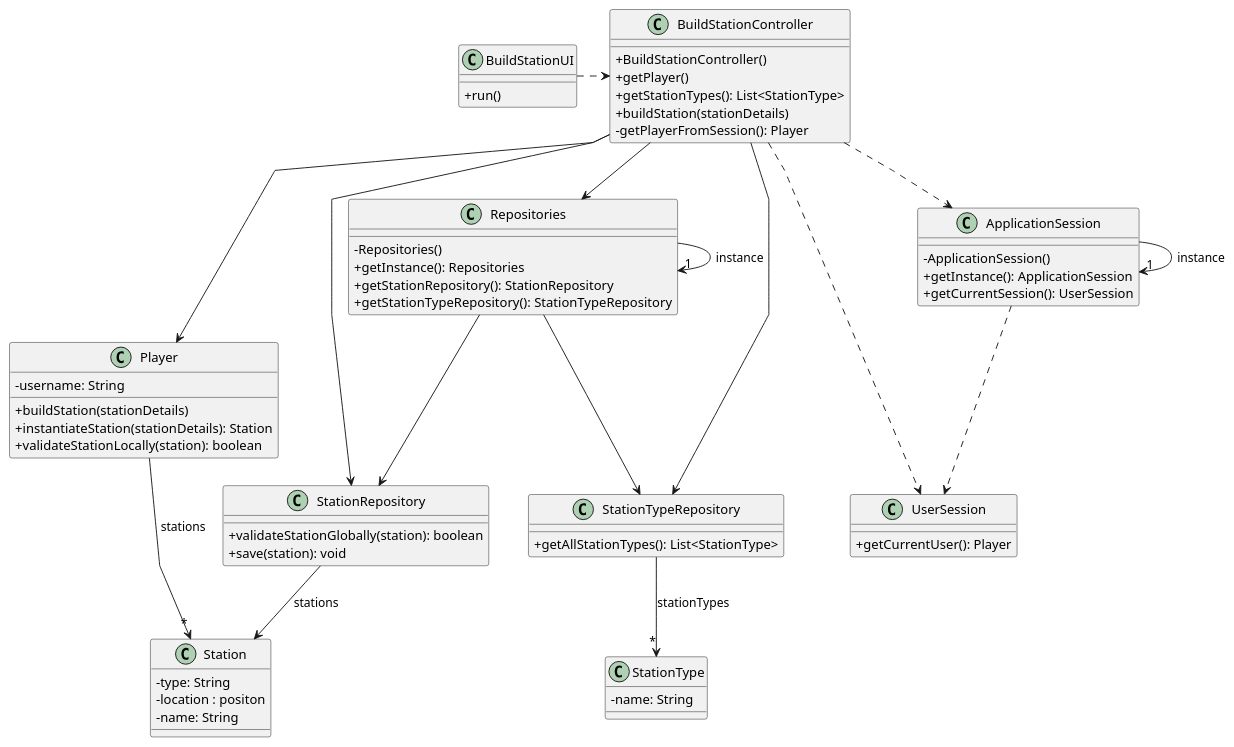
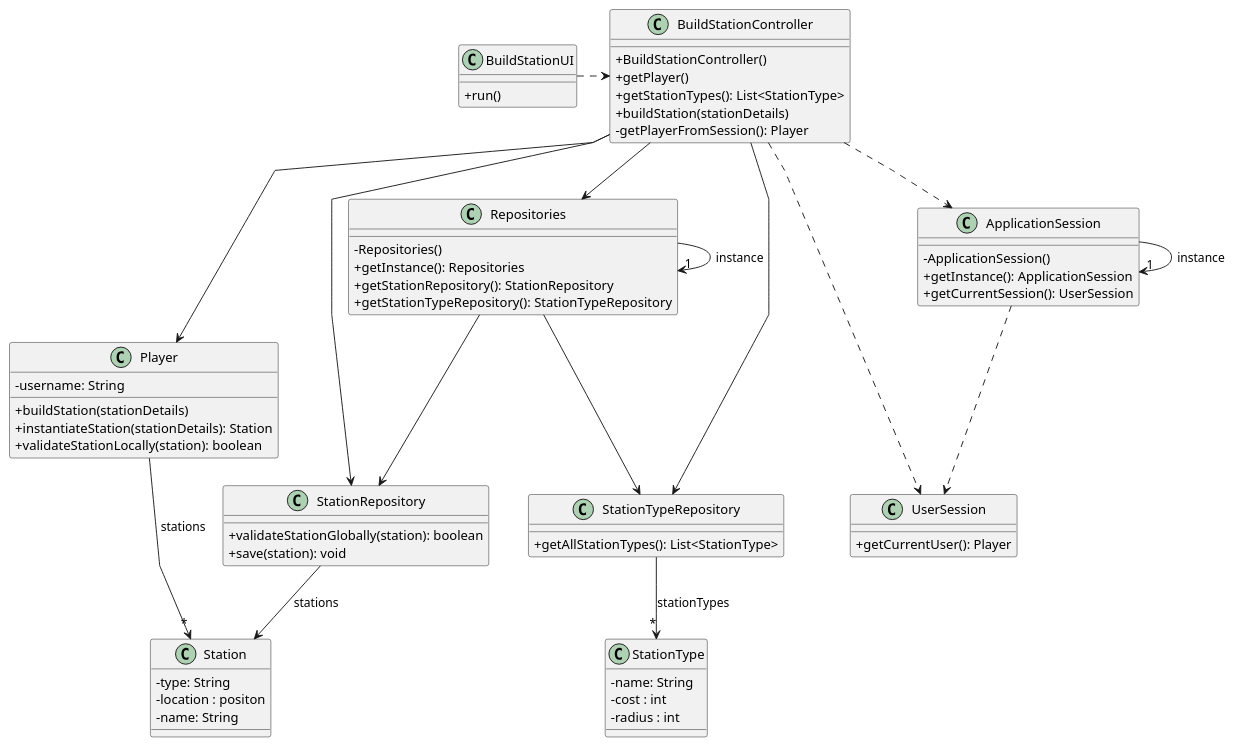
Before and after one commit to bruno-monteiro5/sem2-pi-24.25-g132-repo: the diagram in docs/system-documentation/US005/03.design/puml/US005-CD.puml, drawn with PlantUML. The commit also changed 14 other files, not shown here.

```diff
--- a/docs/system-documentation/US005/03.design/puml/US005-CD.puml
+++ b/docs/system-documentation/US005/03.design/puml/US005-CD.puml
@@ -1,77 +1,79 @@
 @startuml
 skinparam packageStyle rectangle
 skinparam shadowing false
 skinparam linetype polyline
 skinparam classAttributeIconSize 0
 
 class BuildStationUI {
     + run()
 }
 
 class BuildStationController {
     + BuildStationController()
     + getPlayer()
     + getStationTypes(): List<StationType>
     + buildStation(stationDetails)
     - getPlayerFromSession(): Player
 }
 
 class ApplicationSession {
     - ApplicationSession()
     + getInstance(): ApplicationSession
     + getCurrentSession(): UserSession
 }
 
 class UserSession {
     + getCurrentUser(): Player
 }
 
 class Player {
     - username: String
     + buildStation(stationDetails)
     + instantiateStation(stationDetails): Station
     + validateStationLocally(station): boolean
 }
 
 class Station {
     - type: String
     - location : positon
     - name: String
 }
 
 class StationRepository {
     + validateStationGlobally(station): boolean
     + save(station): void
 }
 
 class Repositories {
     - Repositories()
     + getInstance(): Repositories
     + getStationRepository(): StationRepository
     + getStationTypeRepository(): StationTypeRepository
 }
 
 class StationTypeRepository {
     + getAllStationTypes(): List<StationType>
 }
 
 class StationType {
     - name: String
+    - cost : int
+    - radius : int
 }
 
 BuildStationUI .> BuildStationController
 BuildStationController ..> ApplicationSession
 BuildStationController ..> UserSession
 ApplicationSession ..> UserSession
 BuildStationController --> Player
 BuildStationController --> Repositories
 Repositories --> StationRepository
 Repositories --> StationTypeRepository
 Repositories -> "1" Repositories : instance
 ApplicationSession -> "1" ApplicationSession : instance
 BuildStationController --> StationRepository
 BuildStationController --> StationTypeRepository
 Player --> "*" Station : stations
 StationRepository --> Station : stations
 StationTypeRepository --> "*" StationType : stationTypes
 @enduml
```
